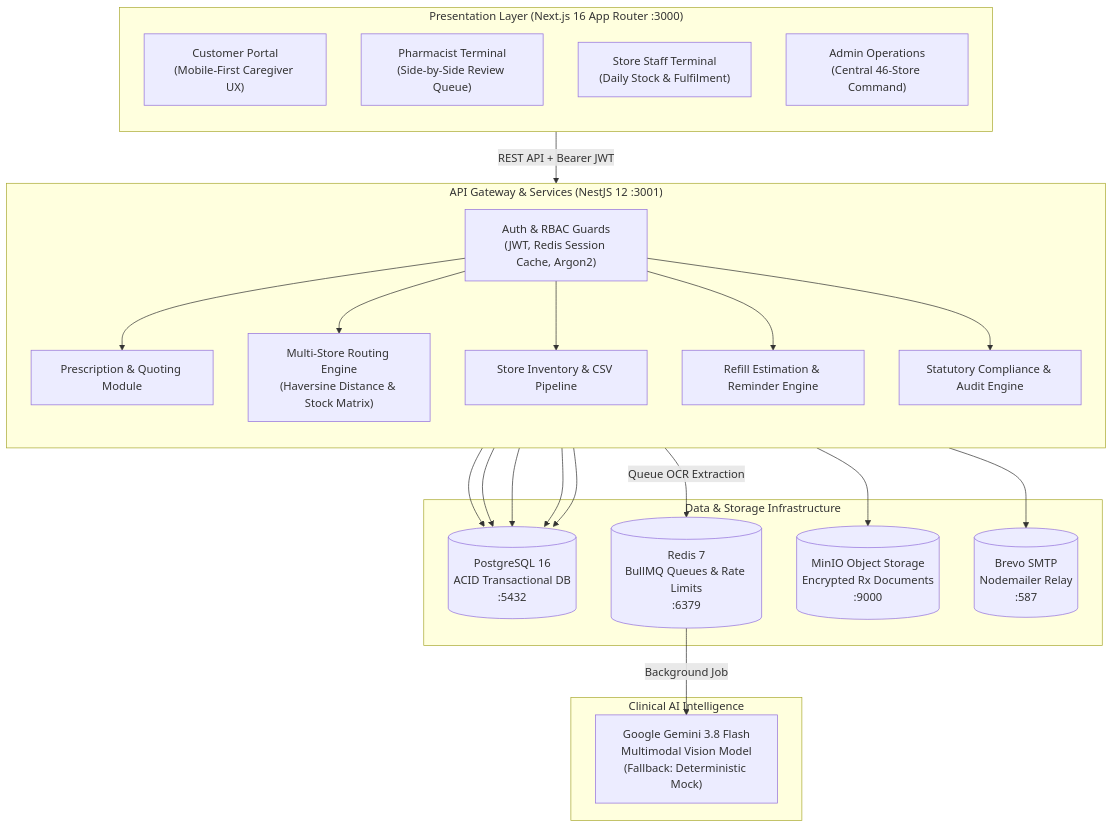
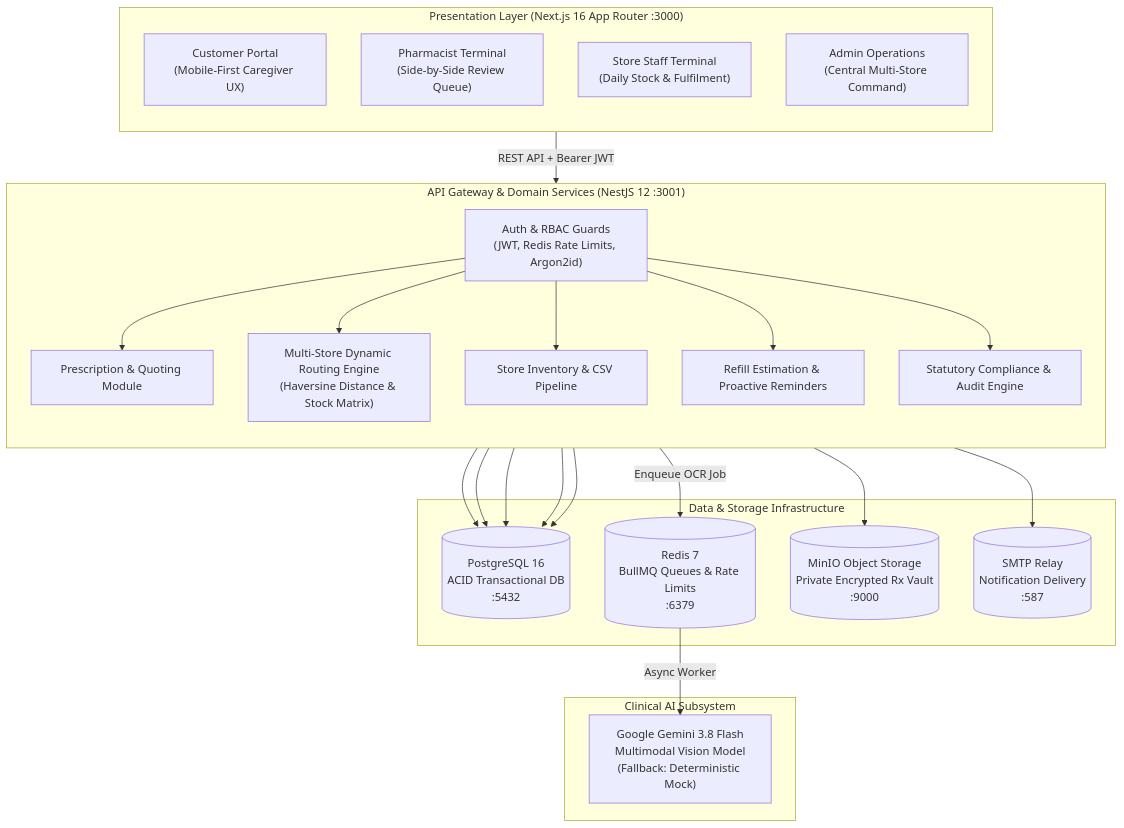
One commit to Anujanthwal-dotcom/assignment-isocode-labs changed the first of 6 diagrams in technical_design_document.md. Above: the diagram before and after it, drawn with Mermaid. The commit also changed other lines of this file, not shown here.

````diff
--- a/technical_design_document.md
+++ b/technical_design_document.md
@@ -152,49 +88,49 @@
 ```mermaid
 flowchart TB
-    subgraph PresentationLayer["Presentation Layer (Next.js 16 App Router :3000)"]
+    subgraph ClientLayer["Presentation Layer (Next.js 16 App Router :3000)"]
         direction TB
         CP["Customer Portal\n(Mobile-First Caregiver UX)"]
         PP["Pharmacist Terminal\n(Side-by-Side Review Queue)"]
         SP["Store Staff Terminal\n(Daily Stock & Fulfilment)"]
-        AP["Admin Operations\n(Central 46-Store Command)"]
+        AP["Admin Operations\n(Central Multi-Store Command)"]
     end
 
-    subgraph GatewayLayer["API Gateway & Services (NestJS 12 :3001)"]
+    subgraph ServiceLayer["API Gateway & Domain Services (NestJS 12 :3001)"]
         direction TB
-        Auth["Auth & RBAC Guards\n(JWT, Redis Session Cache, Argon2)"]
+        Auth["Auth & RBAC Guards\n(JWT, Redis Rate Limits, Argon2id)"]
         RxService["Prescription & Quoting Module"]
-        RouteService["Multi-Store Routing Engine\n(Haversine Distance & Stock Matrix)"]
+        RouteService["Multi-Store Dynamic Routing Engine\n(Haversine Distance & Stock Matrix)"]
         InvService["Store Inventory & CSV Pipeline"]
-        RefillService["Refill Estimation & Reminder Engine"]
+        RefillService["Refill Estimation & Proactive Reminders"]
         CompService["Statutory Compliance & Audit Engine"]
     end
 
     subgraph DataStorageLayer["Data & Storage Infrastructure"]
         Postgres[("PostgreSQL 16\nACID Transactional DB\n:5432")]
         RedisQueue[("Redis 7\nBullMQ Queues & Rate Limits\n:6379")]
-        MinIOS3[("MinIO Object Storage\nEncrypted Rx Documents\n:9000")]
-        BrevoSMTP[("Brevo SMTP\nNodemailer Relay\n:587")]
+        MinIOS3[("MinIO Object Storage\nPrivate Encrypted Rx Vault\n:9000")]
+        SMTPRelay[("SMTP Relay\nNotification Delivery\n:587")]
     end
 
-    subgraph ExternalIntelligence["Clinical AI Intelligence"]
+    subgraph ExternalIntelligence["Clinical AI Subsystem"]
         GeminiVision["Google Gemini 3.8 Flash\nMultimodal Vision Model\n(Fallback: Deterministic Mock)"]
     end
 
-    PresentationLayer -->|REST API + Bearer JWT| Auth
+    ClientLayer -->|REST API + Bearer JWT| Auth
     Auth --> RxService
     Auth --> RouteService
     Auth --> InvService
     Auth --> RefillService
     Auth --> CompService
 
     RxService --> Postgres
     RxService --> MinIOS3
-    RxService -->|Queue OCR Extraction| RedisQueue
-    RedisQueue -->|Background Job| GeminiVision
+    RxService -->|Enqueue OCR Job| RedisQueue
+    RedisQueue -->|Async Worker| GeminiVision
 
     RouteService --> Postgres
     InvService --> Postgres
     RefillService --> Postgres
     CompService --> Postgres
-    Auth --> BrevoSMTP
+    Auth --> SMTPRelay
 ```
````
